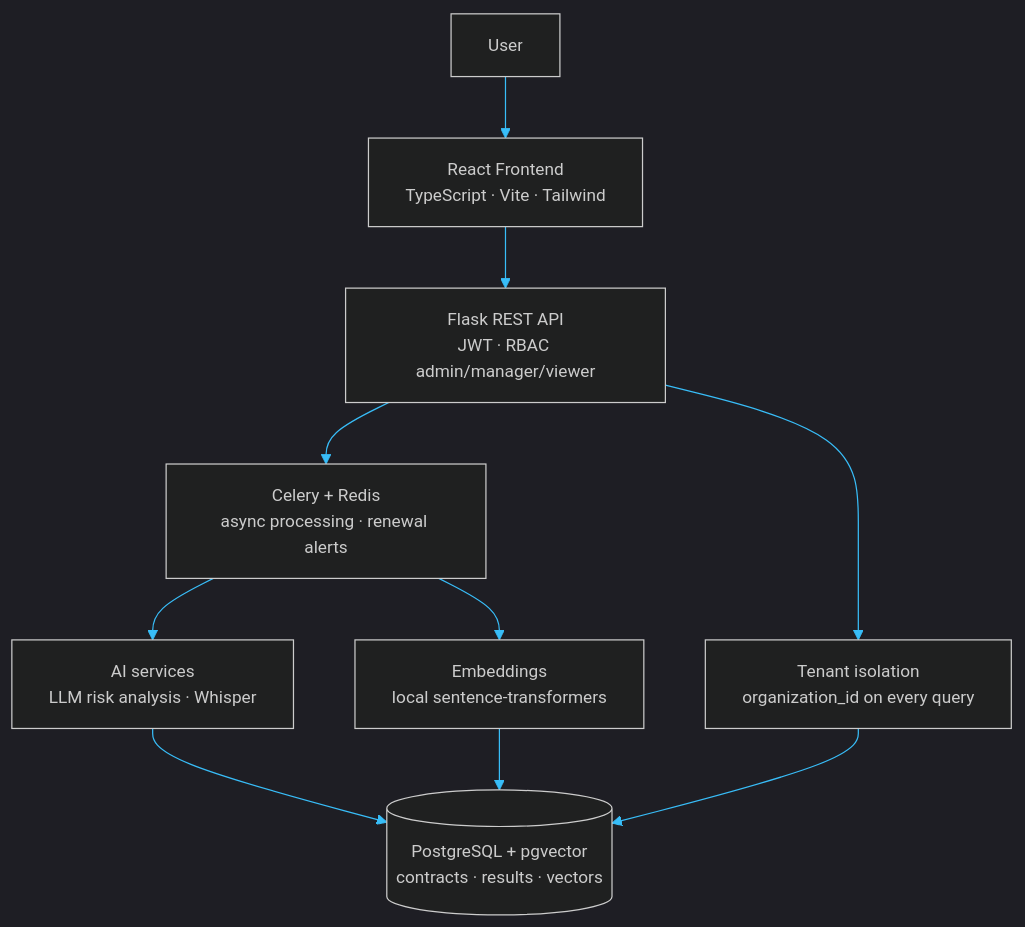
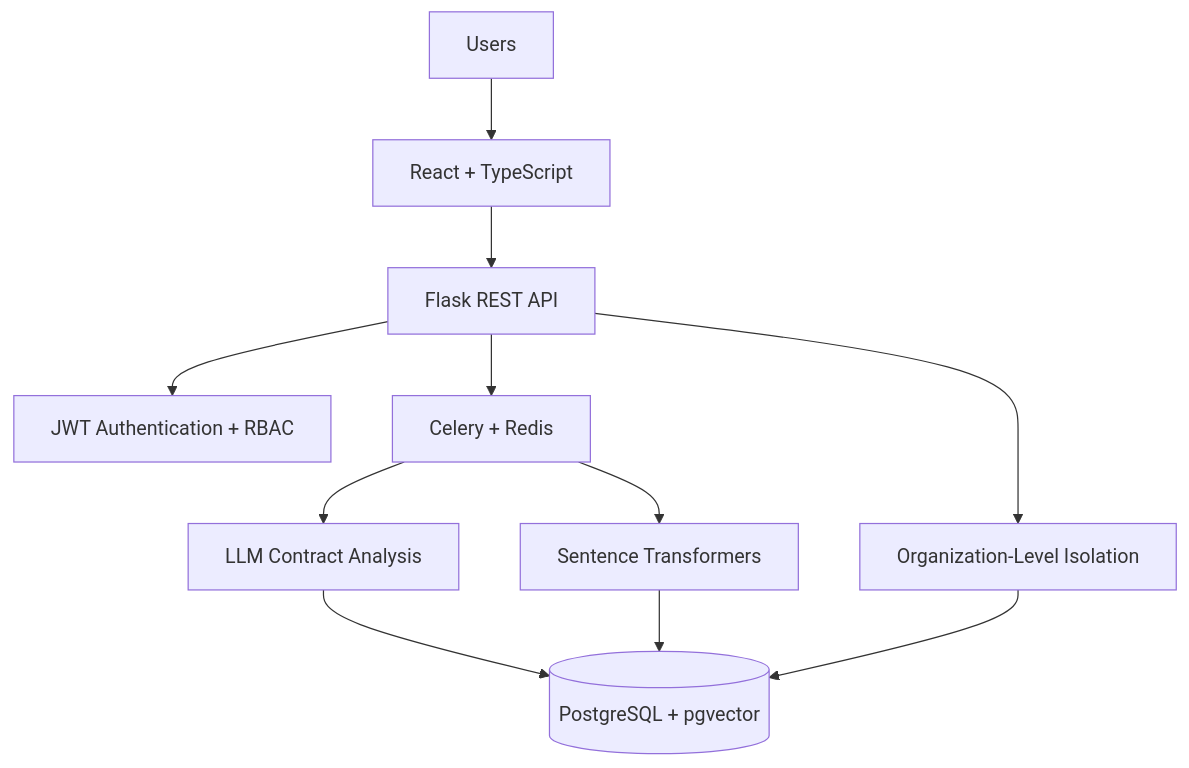
Before and after one commit to Awab7-ux/Awab7-ux: the third of 5 diagrams in README.md, drawn with Mermaid. The commit also changed other lines of this file, not shown here.

````diff
--- a/README.md
+++ b/README.md
@@ -463,12 +142,13 @@
 ```mermaid
-%%{init: {'theme':'dark','themeVariables':{'primaryColor':'#0F2A4A','primaryBorderColor':'#38BDF8','lineColor':'#38BDF8','primaryTextColor':'#E6F1FF','fontSize':'14px'}}}%%
 flowchart TD
-  U["User"] --> FE["React Frontend<br/>TypeScript · Vite · Tailwind"] --> API["Flask REST API<br/>JWT · RBAC admin/manager/viewer"]
-  API --> TI["Tenant isolation<br/>organization_id on every query"]
-  API --> Q["Celery + Redis<br/>async processing · renewal alerts"]
-  Q --> AI["AI services<br/>LLM risk analysis · Whisper"]
-  Q --> EM["Embeddings<br/>local sentence-transformers"]
-  AI --> PG[("PostgreSQL + pgvector<br/>contracts · results · vectors")]
-  EM --> PG
-  TI --> PG
+    U["Users"] --> FE["React + TypeScript"]
+    FE --> API["Flask REST API"]
+    API --> AUTH["JWT Authentication + RBAC"]
+    API --> TENANT["Organization-Level Isolation"]
+    API --> WORKER["Celery + Redis"]
+    WORKER --> AI["LLM Contract Analysis"]
+    WORKER --> EMB["Sentence Transformers"]
+    AI --> DB[("PostgreSQL + pgvector")]
+    EMB --> DB
+    TENANT --> DB
 ```
````
